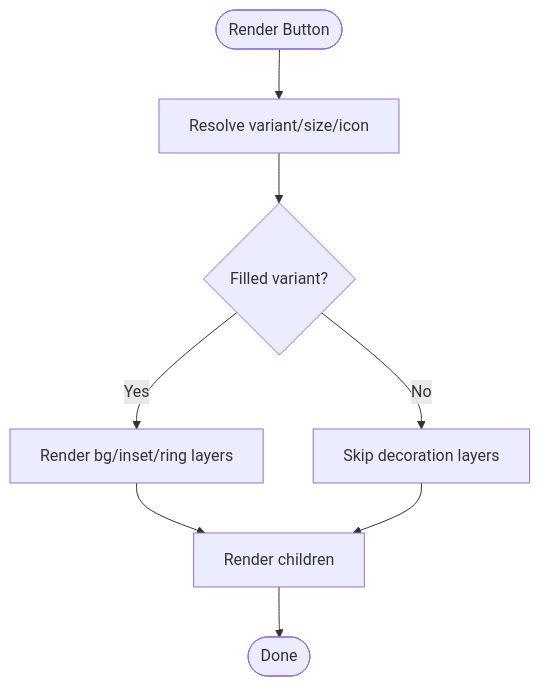
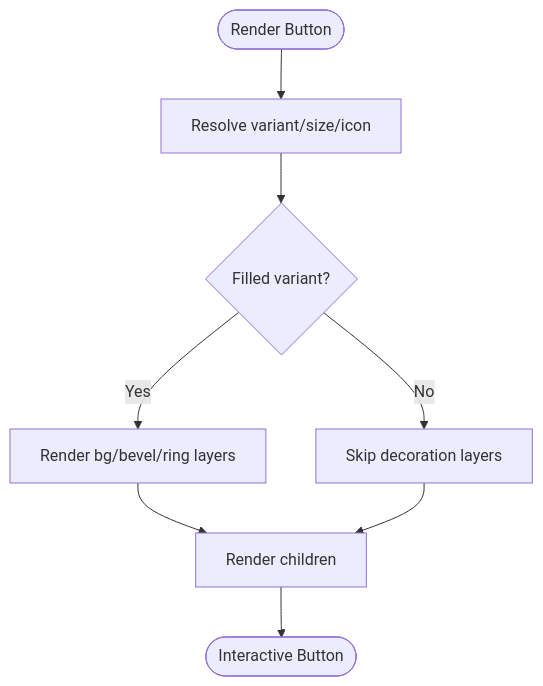
The third of 16 diagrams in .qoder/repowiki/en/content/Component Library/Primitive Components.md (Meaetin/alibaba-hackathon), drawn with Mermaid before and after one commit. The commit also changed other lines of this file and 241 other files, not shown here.

````diff
--- a/.qoder/repowiki/en/content/Component Library/Primitive Components.md
+++ b/.qoder/repowiki/en/content/Component Library/Primitive Components.md
@@ -257,10 +256,10 @@
 ```mermaid
 flowchart TD
-Start(["Render Button"]) --> Resolve["Resolve variant/size/icon"]
-Resolve --> Decorate{"Filled variant?"}
-Decorate --> |Yes| Layers["Render bg/inset/ring layers"]
-Decorate --> |No| Skip["Skip decoration layers"]
+Start(["Render Button"]) --> Compute["Resolve variant/size/icon"]
+Compute --> Decorate{"Filled variant?"}
+Decorate --> |Yes| Layers["Render bg/bevel/ring layers"]
+Decorate --> |No| SkipLayers["Skip decoration layers"]
 Layers --> Children["Render children"]
-Skip --> Children
-Children --> End(["Done"])
+SkipLayers --> Children
+Children --> End(["Interactive Button"])
 ```
````
